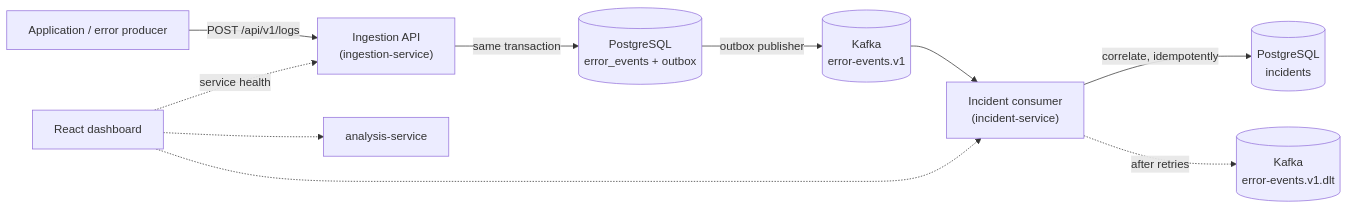
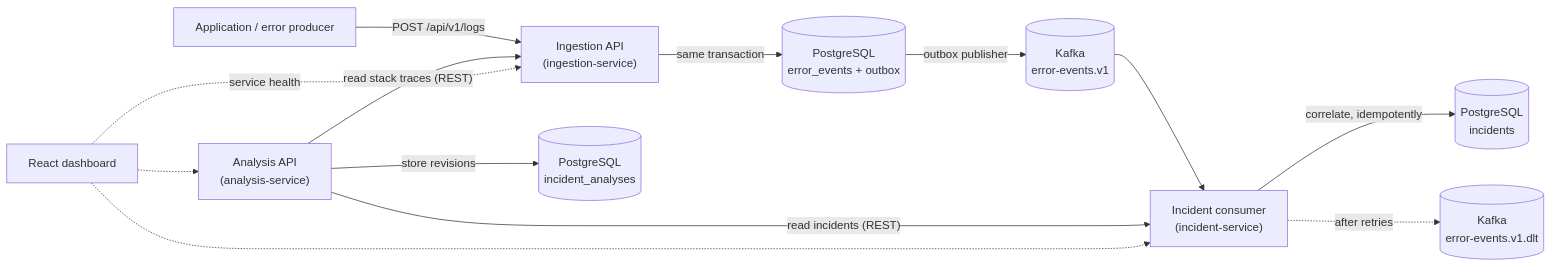
The diagram in README.md (rciripireddy/ai-software-debugging-root-cause-platform), drawn with Mermaid before and after one commit. The commit also changed other lines of this file and 67 other files, not shown here.

````diff
--- a/README.md
+++ b/README.md
@@ -51,12 +65,15 @@
 ```mermaid
 flowchart LR
     apps["Application / error producer"] -->|"POST /api/v1/logs"| ingestion["Ingestion API<br/>(ingestion-service)"]
     ingestion -->|"same transaction"| store[("PostgreSQL<br/>error_events + outbox")]
     store -->|"outbox publisher"| kafka[("Kafka<br/>error-events.v1")]
     kafka --> consumer["Incident consumer<br/>(incident-service)"]
     consumer -->|"correlate, idempotently"| incidents[("PostgreSQL<br/>incidents")]
     consumer -.->|"after retries"| dlt[("Kafka<br/>error-events.v1.dlt")]
+    analysis["Analysis API<br/>(analysis-service)"] -->|"read incidents (REST)"| consumer
+    analysis -->|"read stack traces (REST)"| ingestion
+    analysis -->|"store revisions"| analyses[("PostgreSQL<br/>incident_analyses")]
     ui["React dashboard"] -.->|"service health"| ingestion
     ui -.-> consumer
-    ui -.-> analysis["analysis-service"]
+    ui -.-> analysis
 ```
````
